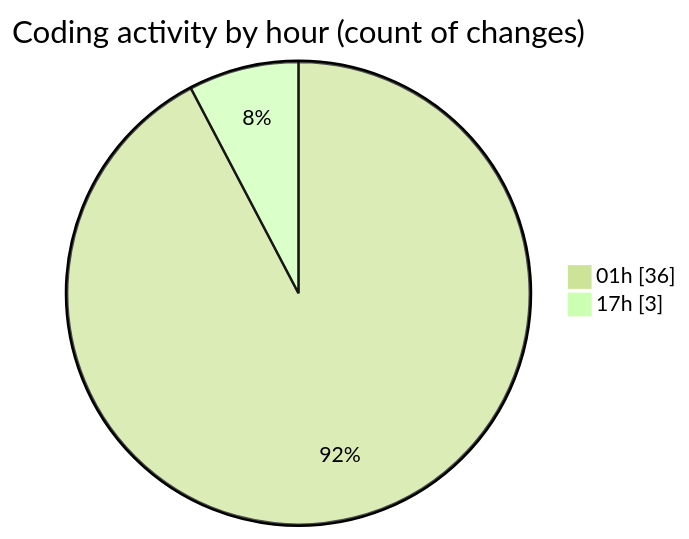
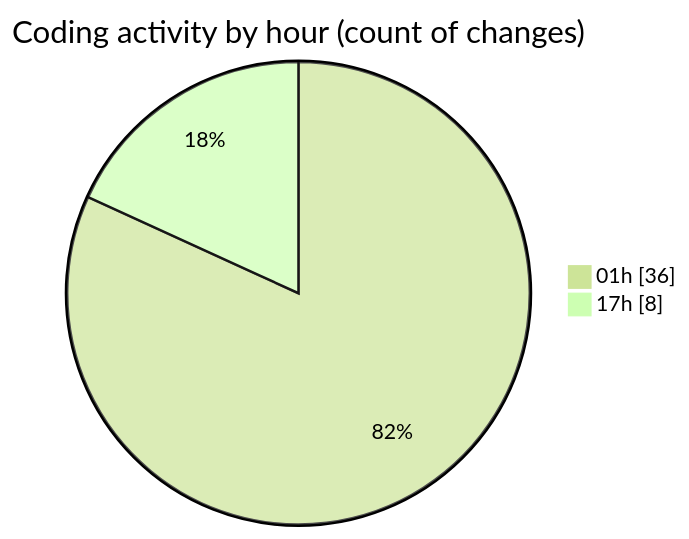
The second of 2 diagrams in 2025-07-29/appproject/README.md (lephambinh05/code-tracking), drawn with Mermaid (forest theme) before and after one commit. The commit also changed other lines of this file and 1 other file, not shown here.

````diff
--- a/2025-07-29/appproject/README.md
+++ b/2025-07-29/appproject/README.md
@@ -49,6 +50,6 @@
 ```mermaid
 pie showData
 title Coding activity by hour (count of changes)
 "01h" : 36
-"17h" : 3
+"17h" : 8
 ```
````
